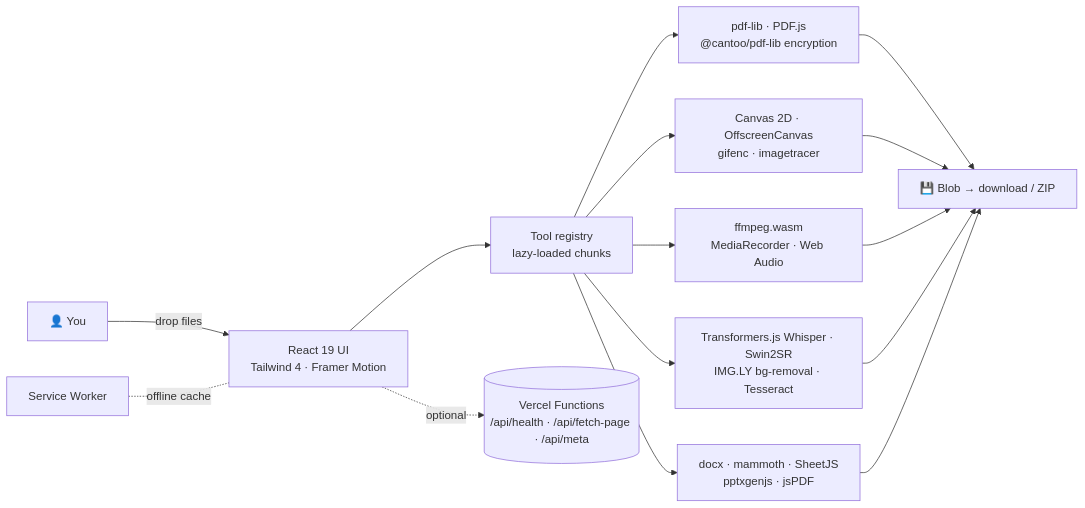
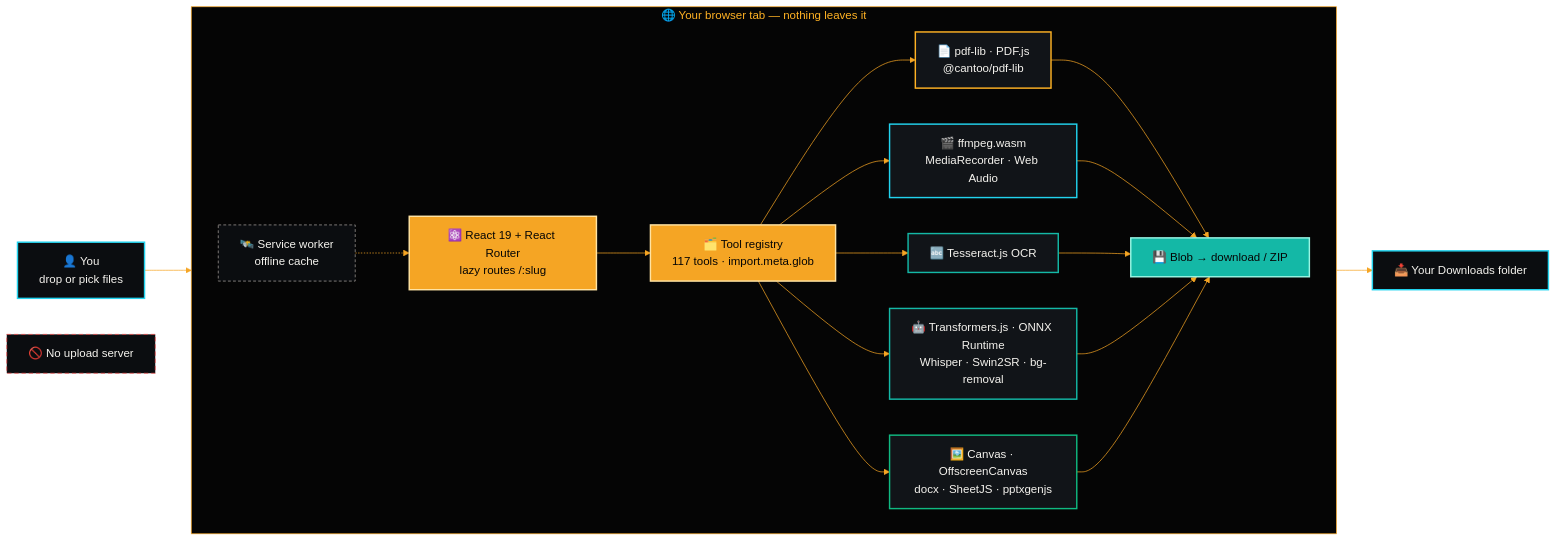
Before and after one commit to aniruddhaadak80/OpenFile: the fourth of 8 diagrams in README.md, drawn with Mermaid. The commit also changed other lines of this file and 11 other files, not shown here.

Commit message:
docs: animated gold-on-black README, mermaid diagrams, architecture doc, author section

````diff
--- a/README.md
+++ b/README.md
@@ -322,13 +513,31 @@
 ```mermaid
+%%{init: {'theme':'base','themeVariables':{'fontFamily':'system-ui, sans-serif','lineColor':'#F5A524','primaryTextColor':'#F5F3EE','clusterBkg':'#050505','clusterBorder':'#F5A524','titleColor':'#FFB224'}}}%%
 flowchart LR
-    U[👤 You] -->|drop files| UI[React 19 UI<br/>Tailwind 4 · Framer Motion]
-    UI --> R[Tool registry<br/>lazy-loaded chunks]
-    R --> PDF[pdf-lib · PDF.js<br/>@cantoo/pdf-lib encryption]
-    R --> IMG[Canvas 2D · OffscreenCanvas<br/>gifenc · imagetracer]
-    R --> MED[ffmpeg.wasm<br/>MediaRecorder · Web Audio]
-    R --> AI[Transformers.js Whisper · Swin2SR<br/>IMG.LY bg-removal · Tesseract]
-    R --> DOC[docx · mammoth · SheetJS<br/>pptxgenjs · jsPDF]
-    PDF & IMG & MED & AI & DOC --> OUT[💾 Blob → download / ZIP]
-    UI -. optional .-> API[(Vercel Functions<br/>/api/health · /api/fetch-page · /api/meta)]
-    SW[Service Worker] -. offline cache .- UI
+    U["👤 You<br/>drop or pick files"]:::user --> BR
+    subgraph BR["🌐 Your browser tab — nothing leaves it"]
+        direction LR
+        RR["⚛️ React 19 + React Router<br/>lazy routes /:slug"]:::ui --> REG["🗂️ Tool registry<br/>117 tools · import.meta.glob"]:::ui
+        REG --> E1["📄 pdf-lib · PDF.js<br/>@cantoo/pdf-lib"]:::pdf
+        REG --> E2["🎬 ffmpeg.wasm<br/>MediaRecorder · Web Audio"]:::media
+        REG --> E3["🔤 Tesseract.js OCR"]:::ai
+        REG --> E4["🤖 Transformers.js · ONNX Runtime<br/>Whisper · Swin2SR · bg-removal"]:::ai
+        REG --> E5["🖼️ Canvas · OffscreenCanvas<br/>docx · SheetJS · pptxgenjs"]:::img
+        E1 --> OUT["💾 Blob → download / ZIP"]:::out
+        E2 --> OUT
+        E3 --> OUT
+        E4 --> OUT
+        E5 --> OUT
+        SW["🛰️ Service worker<br/>offline cache"]:::sw -.-> RR
+    end
+    OUT --> D["📥 Your Downloads folder"]:::user
+    NS["🚫 No upload server"]:::none
+    classDef user fill:#0B0D10,stroke:#22D3EE,color:#F5F3EE,stroke-width:2px
+    classDef ui fill:#F5A524,stroke:#FFE3A3,color:#050505,stroke-width:2px
+    classDef pdf fill:#111418,stroke:#FFB224,color:#F5F3EE,stroke-width:2px
+    classDef media fill:#111418,stroke:#22D3EE,color:#F5F3EE,stroke-width:2px
+    classDef ai fill:#111418,stroke:#14B8A6,color:#F5F3EE,stroke-width:2px
+    classDef img fill:#111418,stroke:#10B981,color:#F5F3EE,stroke-width:2px
+    classDef out fill:#14B8A6,stroke:#99F6E4,color:#050505,stroke-width:2px
+    classDef sw fill:#0B0D10,stroke:#A8A29E,color:#F5F3EE,stroke-dasharray:4 3
+    classDef none fill:#0B0D10,stroke:#EF4444,color:#F5F3EE,stroke-dasharray:6 4
 ```
````
